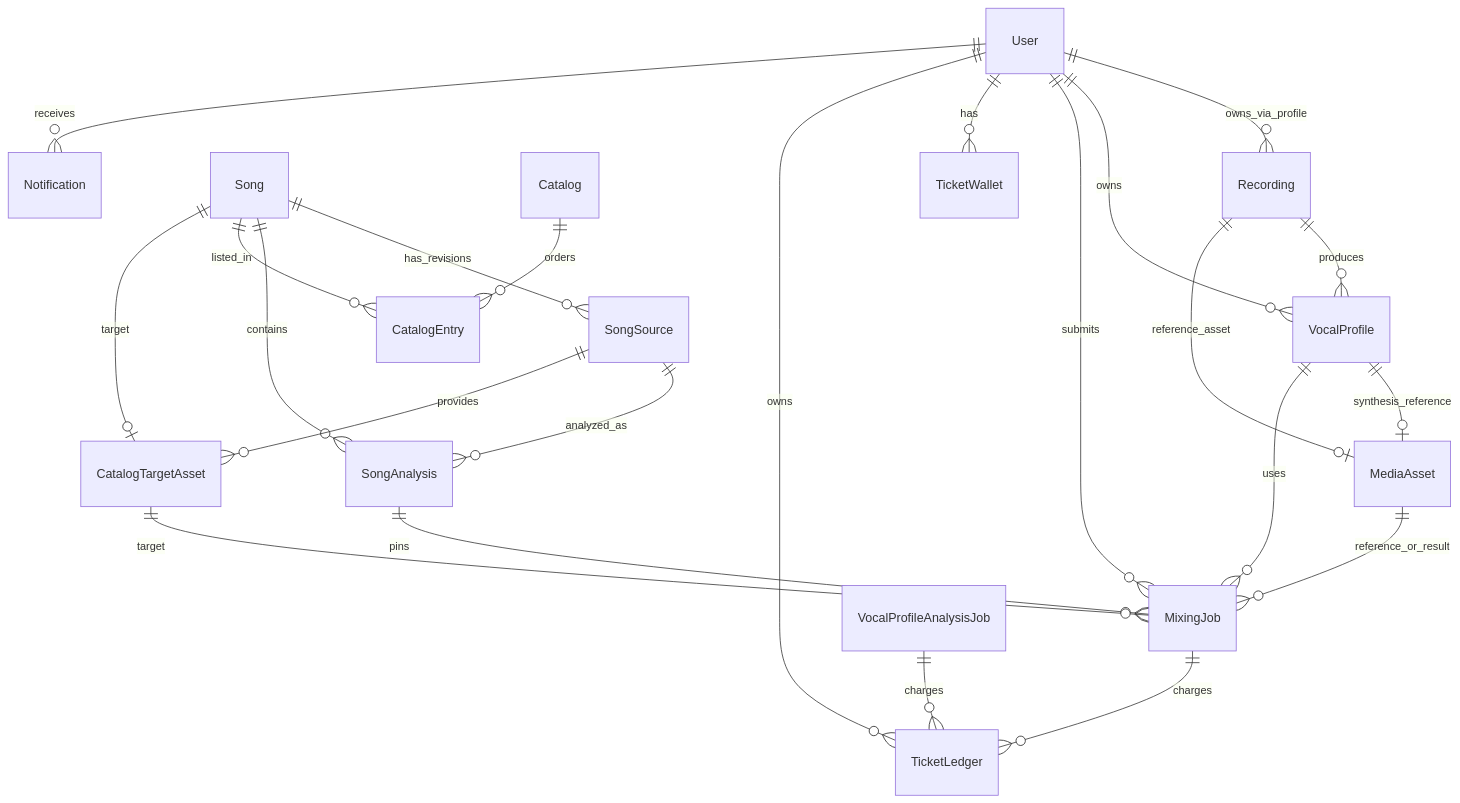
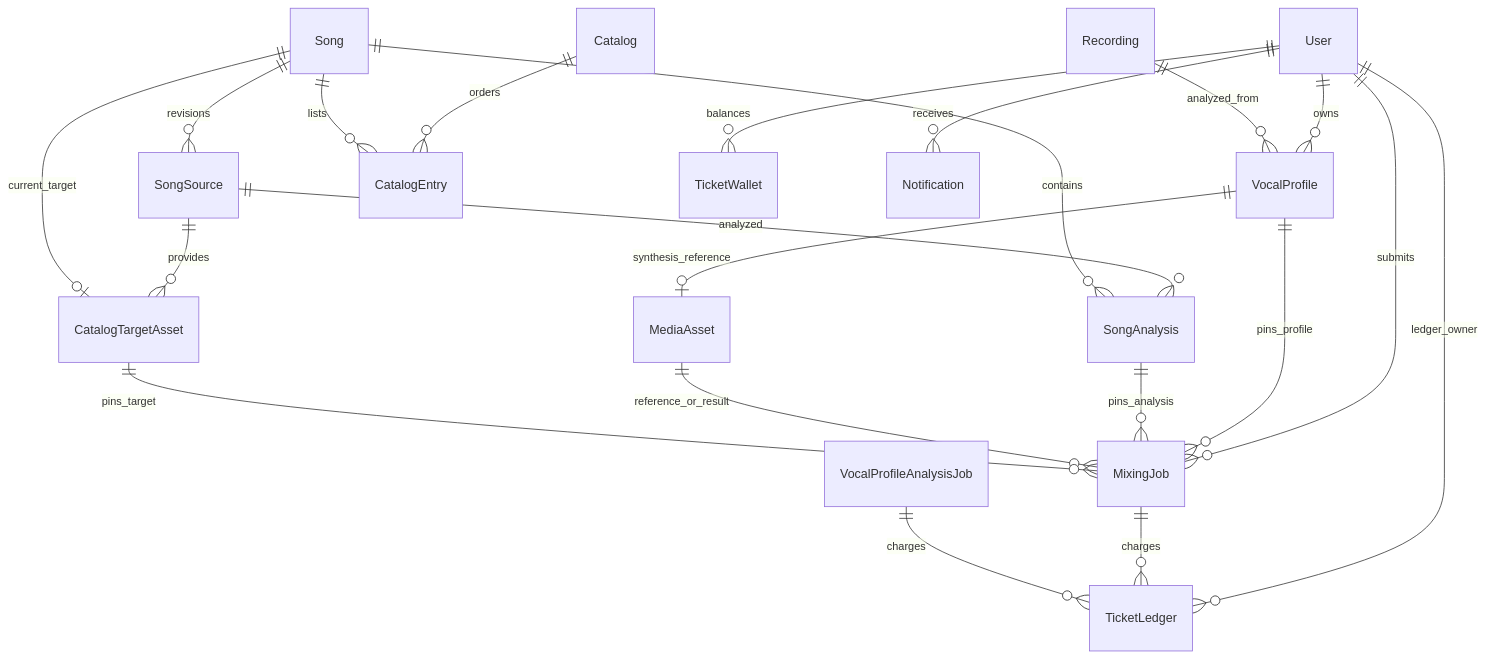
The first of 2 diagrams in openwiki/architecture/data-model.md (leey00nsu/copy-singer), drawn with Mermaid before and after one commit. The commit also changed other lines of this file and 40 other files, not shown here.

````diff
--- a/openwiki/architecture/data-model.md
+++ b/openwiki/architecture/data-model.md
@@ -45,25 +51,23 @@
 ```mermaid
 erDiagram
-    User ||--o{ Recording : owns_via_profile
-    Recording ||--o{ VocalProfile : produces
     User ||--o{ VocalProfile : owns
+    Recording ||--o{ VocalProfile : analyzed_from
     VocalProfile ||--o| MediaAsset : synthesis_reference
-    Recording ||--o| MediaAsset : reference_asset
-    Song ||--o{ SongSource : has_revisions
-    SongSource ||--o{ SongAnalysis : analyzed_as
+    Song ||--o{ SongSource : revisions
+    SongSource ||--o{ SongAnalysis : analyzed
     Song ||--o{ SongAnalysis : contains
-    Song ||--o{ CatalogEntry : listed_in
     Catalog ||--o{ CatalogEntry : orders
+    Song ||--o{ CatalogEntry : lists
     SongSource ||--o{ CatalogTargetAsset : provides
-    Song ||--o| CatalogTargetAsset : target
+    Song ||--o| CatalogTargetAsset : current_target
     User ||--o{ MixingJob : submits
-    VocalProfile ||--o{ MixingJob : uses
-    SongAnalysis ||--o{ MixingJob : pins
+    VocalProfile ||--o{ MixingJob : pins_profile
+    SongAnalysis ||--o{ MixingJob : pins_analysis
     MediaAsset ||--o{ MixingJob : reference_or_result
-    CatalogTargetAsset ||--o{ MixingJob : target
-    User ||--o{ TicketWallet : has
-    User ||--o{ TicketLedger : owns
+    CatalogTargetAsset ||--o{ MixingJob : pins_target
+    User ||--o{ TicketWallet : balances
+    User ||--o{ TicketLedger : ledger_owner
     MixingJob ||--o{ TicketLedger : charges
     VocalProfileAnalysisJob ||--o{ TicketLedger : charges
     User ||--o{ Notification : receives
 ```
````
